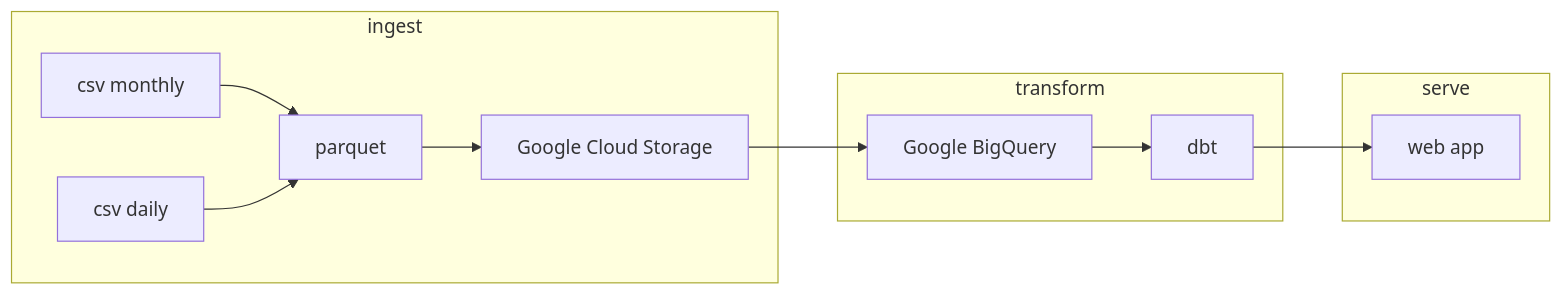
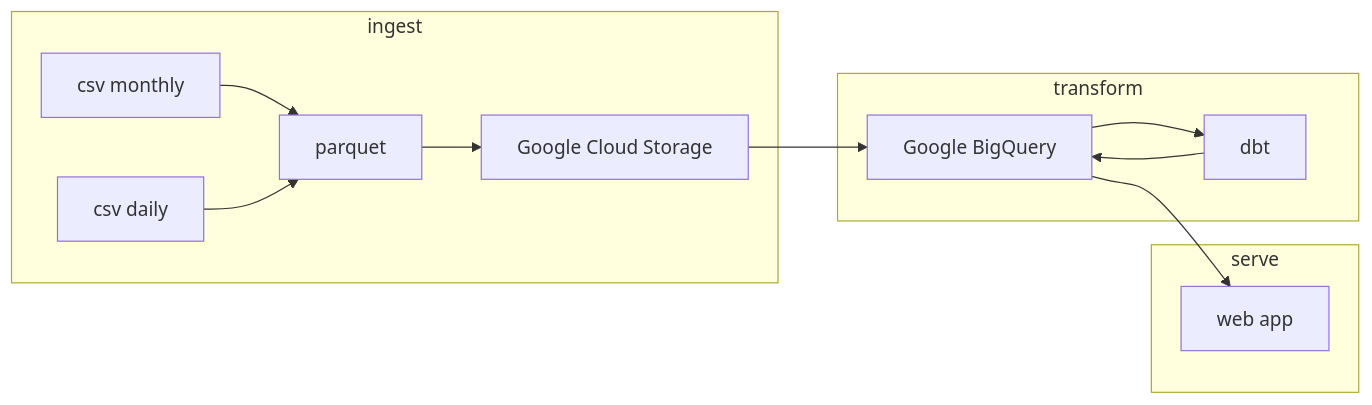
One commit to gsajko/fuel_prices_qld changed the diagram in README.md. Above: the diagram before and after it, drawn with Mermaid. The commit also changed other lines of this file and 8 other files, not shown here.

````diff
--- a/README.md
+++ b/README.md
@@ -28,21 +41,24 @@
 ```mermaid
 flowchart LR
 
 d1[csv monthly]
 d2[csv daily]
 
 subgraph ingest
 d1 & d2 --> parquet --> gcs[Google Cloud Storage]
 end
 
 gcs --> gbq[Google BigQuery]
 
 subgraph transform
 gbq --> dbt[dbt]
+dbt --> gbq
 end
 
+gbq --> serv
+
 subgraph serve
-dbt --> serv[web app]
+serv[web app]
 end
 
 ```
````
